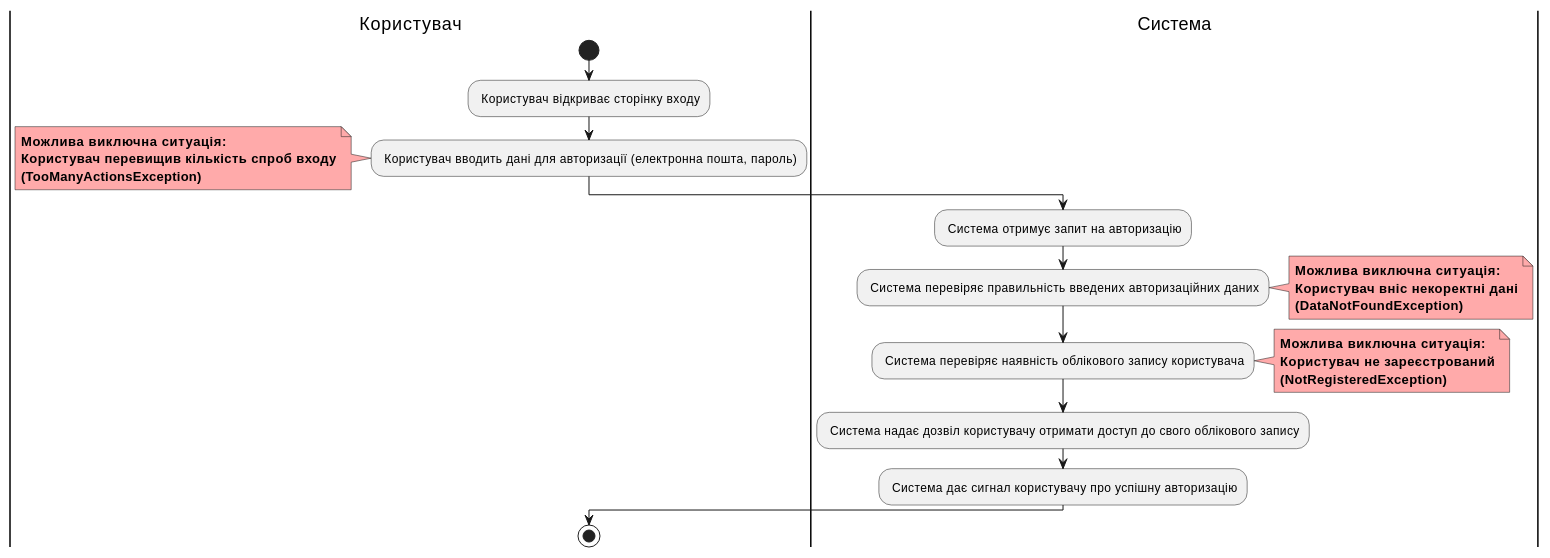
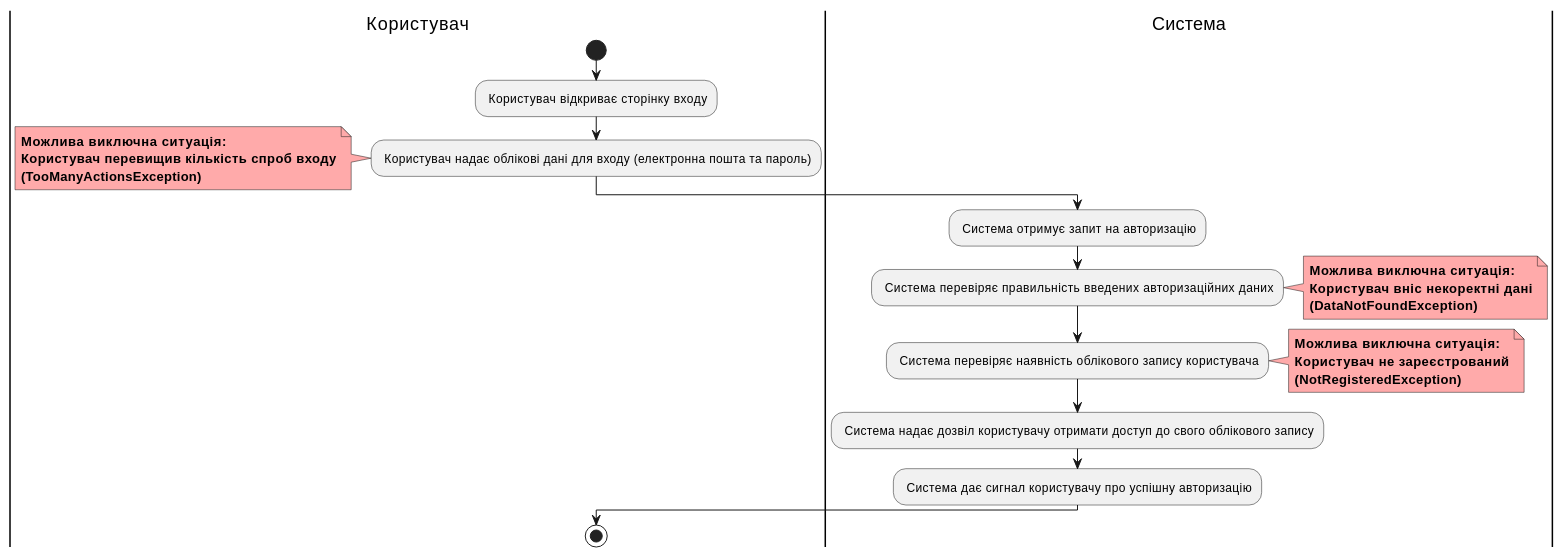
The sixth of 12 diagrams in docs/use cases/README.md (semenyaka08/media-content-api), drawn with PlantUML before and after one commit. The commit also changed other lines of this file, not shown here.

Commit message:
Change unregistered user diagrams

```diff
--- a/docs/use cases/README.md
+++ b/docs/use cases/README.md
@@ -219,33 +219,33 @@
 @startuml
   
 |Користувач| 
 start
 : Користувач відкриває сторінку входу;
-: Користувач вводить дані для авторизації (електронна пошта, пароль);
+: Користувач надає облікові дані для входу (електронна пошта та пароль);
 note left #ffaaaa
     <b>Можлива виключна ситуація:</b>
     <b>Користувач перевищив кількість спроб входу</b>
     <b>(TooManyActionsException)</b>
 end note
 
 |Система|
 : Система отримує запит на авторизацію;
 : Система перевіряє правильність введених авторизаційних даних;
 note right #ffaaaa
     <b>Можлива виключна ситуація:</b>
     <b>Користувач вніс некоректні дані</b>
     <b>(DataNotFoundException)</b>
 end note
 : Система перевіряє наявність облікового запису користувача;
 note right #ffaaaa
     <b>Можлива виключна ситуація:</b>
     <b>Користувач не зареєстрований</b>
     <b>(NotRegisteredException)</b>
 end note
 : Система надає дозвіл користувачу отримати доступ до свого облікового запису;
 : Система дає сигнал користувачу про успішну авторизацію;
 
 |Користувач| 
 stop
 
 @enduml
```
